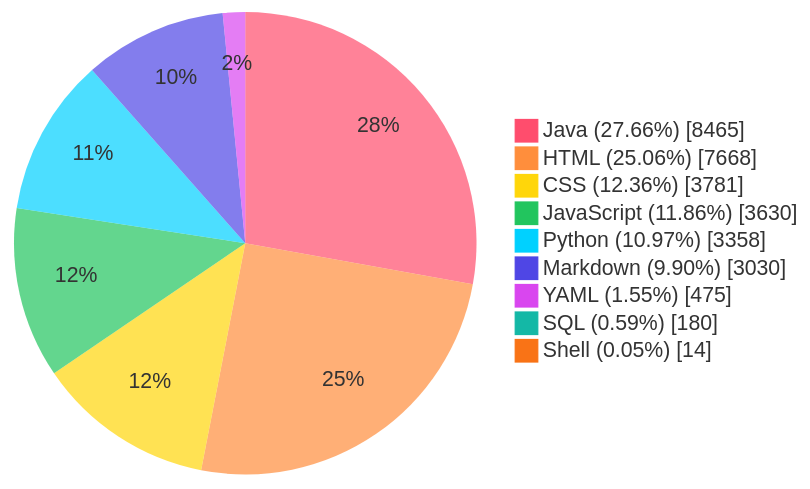
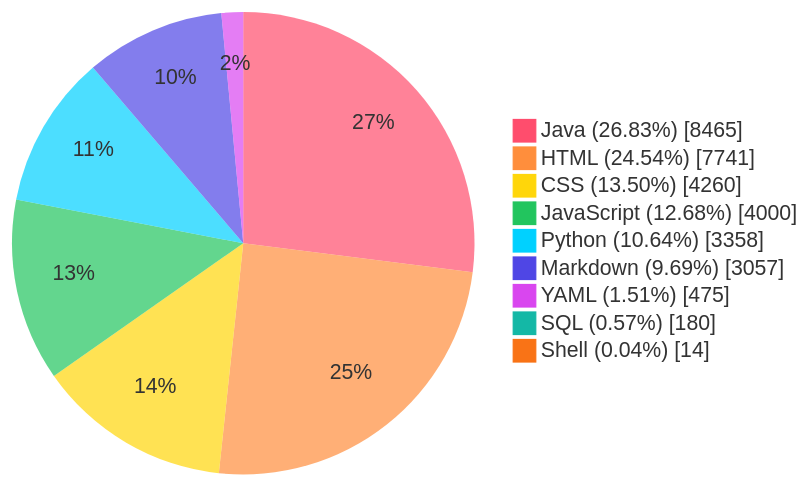
One commit to TheBadRoger/BUCT-Teaching-Aids changed the diagram in README.md. Above: the diagram before and after it, drawn with Mermaid. The commit also changed other lines of this file and 2 other files, not shown here.

Commit message:
chore(stats): auto update README metrics

````diff
--- a/README.md
+++ b/README.md
@@ -40,28 +40,28 @@
 ```mermaid
 %%{init: {'theme':'base','themeVariables': {
   'fontFamily': 'Fira Code, JetBrains Mono, Source Code Pro, Cascadia Code, Menlo, Consolas, monospace',
   'pieStrokeColor': 'transparent',
   'pieStrokeWidth': '0px',
   'pieOuterStrokeWidth': '0px',
   'pie1': '#FF4D6D',
   'pie2': '#FF8E3C',
   'pie3': '#FFD60A',
   'pie4': '#22C55E',
   'pie5': '#00D1FF',
   'pie6': '#4F46E5',
   'pie7': '#D946EF',
   'pie8': '#14B8A6',
   'pie9': '#F97316',
   'pie10': '#A855F7'
 }}}%%
 pie showData
-    "Java (27.66%)" : 8465
-    "HTML (25.06%)" : 7668
-    "CSS (12.36%)" : 3781
-    "JavaScript (11.86%)" : 3630
-    "Python (10.97%)" : 3358
-    "Markdown (9.90%)" : 3030
-    "YAML (1.55%)" : 475
-    "SQL (0.59%)" : 180
-    "Shell (0.05%)" : 14
+    "Java (26.83%)" : 8465
+    "HTML (24.54%)" : 7741
+    "CSS (13.50%)" : 4260
+    "JavaScript (12.68%)" : 4000
+    "Python (10.64%)" : 3358
+    "Markdown (9.69%)" : 3057
+    "YAML (1.51%)" : 475
+    "SQL (0.57%)" : 180
+    "Shell (0.04%)" : 14
 ```
````
